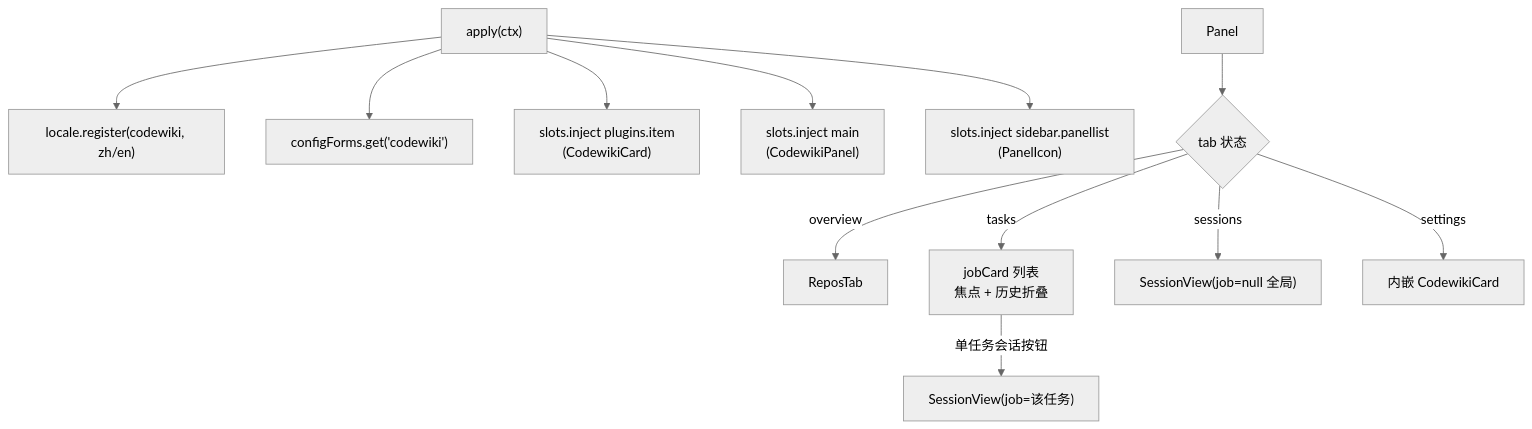
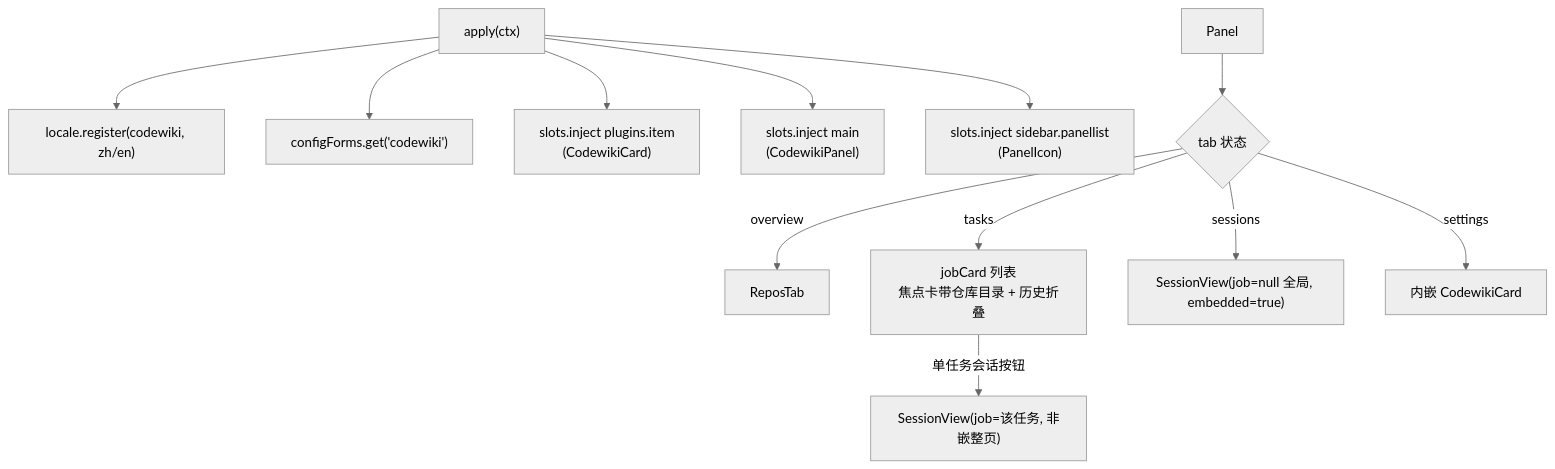
Before and after one commit to ikliml666/dsh-codewiki: the second of 5 diagrams in .codewiki/_native-state/docs/client_ui.md, drawn with Mermaid (neutral theme). The commit also changed other lines of this file and 16 other files, not shown here.

````diff
--- a/.codewiki/_native-state/docs/client_ui.md
+++ b/.codewiki/_native-state/docs/client_ui.md
@@ -64,14 +64,14 @@
 ```mermaid
 flowchart TD
     Apply["apply(ctx)"] --> Dict["locale.register(codewiki, zh/en)"]
     Apply --> Form["configForms.get('codewiki')"]
     Apply --> M1["slots.inject plugins.item<br/>(CodewikiCard)"]
     Apply --> M2["slots.inject main<br/>(CodewikiPanel)"]
     Apply --> M3["slots.inject sidebar.panellist<br/>(PanelIcon)"]
     Panel --> Tabs{"tab 状态"}
     Tabs -->|overview| ReposTab
-    Tabs -->|tasks| JobList["jobCard 列表<br/>焦点 + 历史折叠"]
-    Tabs -->|sessions| SessionViewG["SessionView(job=null 全局)"]
+    Tabs -->|tasks| JobList["jobCard 列表<br/>焦点卡带仓库目录 + 历史折叠"]
+    Tabs -->|sessions| SessionViewG["SessionView(job=null 全局, embedded=true)"]
     Tabs -->|settings| Card2["内嵌 CodewikiCard"]
-    JobList -- "单任务会话按钮" --> SessionViewJ["SessionView(job=该任务)"]
+    JobList -- "单任务会话按钮" --> SessionViewJ["SessionView(job=该任务, 非嵌整页)"]
 ```
````
